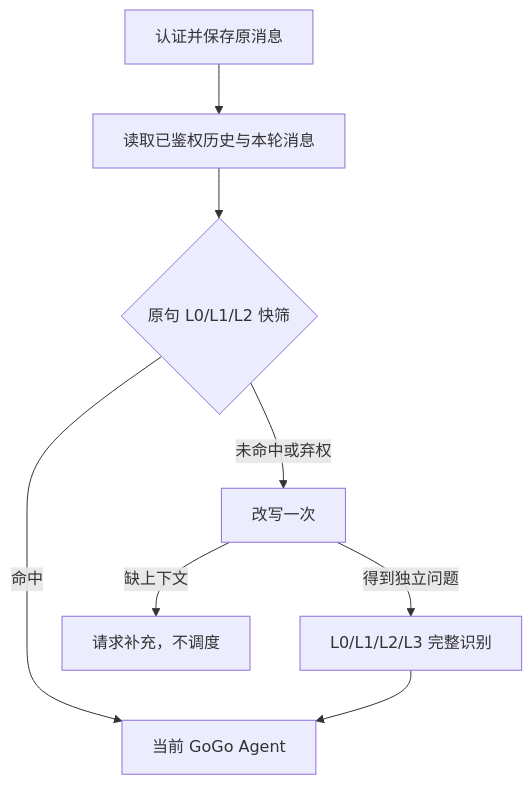
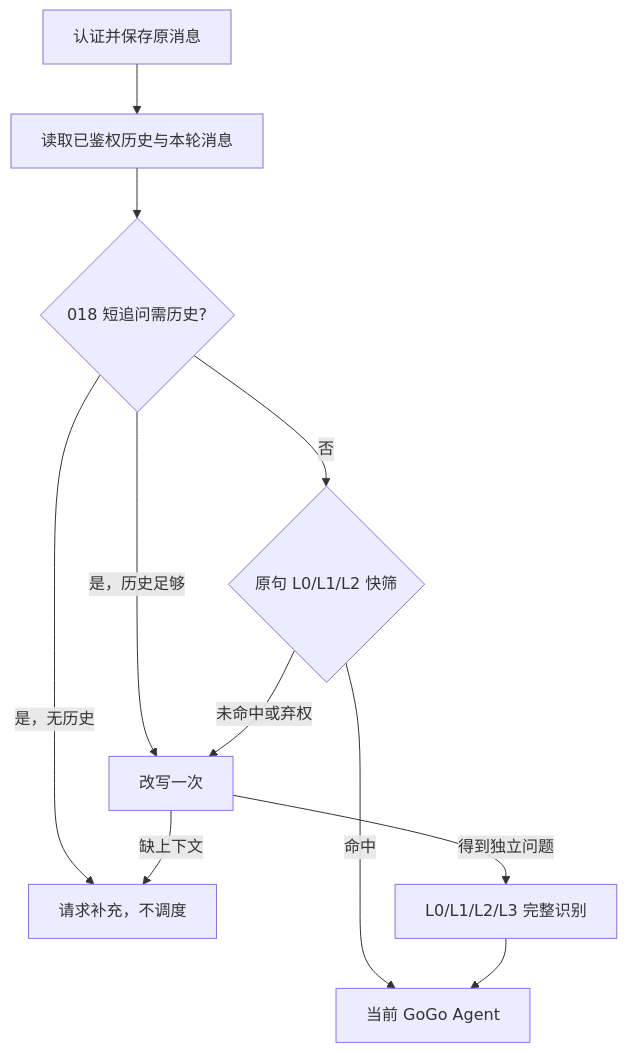
Before and after one commit to tengjiaozhai/gogo-agent: the diagram in docs/契约样例/016-017-执行与流水线.md, drawn with Mermaid. The commit also changed other lines of this file and 12 other files, not shown here.

Commit message:
feat: 意图误路由修复

````diff
--- a/docs/契约样例/016-017-执行与流水线.md
+++ b/docs/契约样例/016-017-执行与流水线.md
@@ -7,10 +7,13 @@
 ```mermaid
 flowchart TD
     A[认证并保存原消息] --> B[读取已鉴权历史与本轮消息]
-    B --> C{原句 L0/L1/L2 快筛}
+    B --> S{018 短追问需历史?}
+    S -->|否| C{原句 L0/L1/L2 快筛}
+    S -->|是，历史足够| D
+    S -->|是，无历史| E
     C -->|命中| G[当前 GoGo Agent]
     C -->|未命中或弃权| D[改写一次]
     D -->|缺上下文| E[请求补充，不调度]
     D -->|得到独立问题| F[L0/L1/L2/L3 完整识别]
     F --> G
 ```
````
